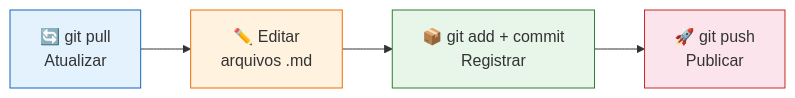
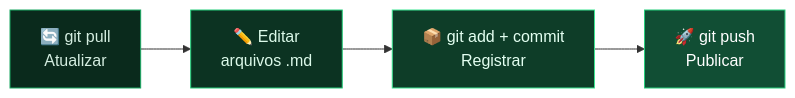
Before and after one commit to AndreBanki/github_para_docs: the diagram in docs/index.md, drawn with Mermaid. The commit also changed other lines of this file and 9 other files, not shown here.

````diff
--- a/docs/index.md
+++ b/docs/index.md
@@ -29,8 +73,8 @@
 ```mermaid
 flowchart LR
     A["🔄 git pull\nAtualizar"] --> B["✏️ Editar\narquivos .md"] --> C["📦 git add + commit\nRegistrar"] --> D["🚀 git push\nPublicar"]
-    style A fill:#e3f2fd,stroke:#1565c0
-    style B fill:#fff3e0,stroke:#ef6c00
-    style C fill:#e8f5e9,stroke:#2e7d32
-    style D fill:#fce4ec,stroke:#c62828
+    style A fill:#0a2a1c,stroke:#1aa863,color:#d4ede0
+    style B fill:#0c3322,stroke:#25CE7B,color:#dcfaea
+    style C fill:#0e3d28,stroke:#3BE592,color:#e3fff1
+    style D fill:#114e34,stroke:#25CE7B,color:#ffffff
 ```
````
